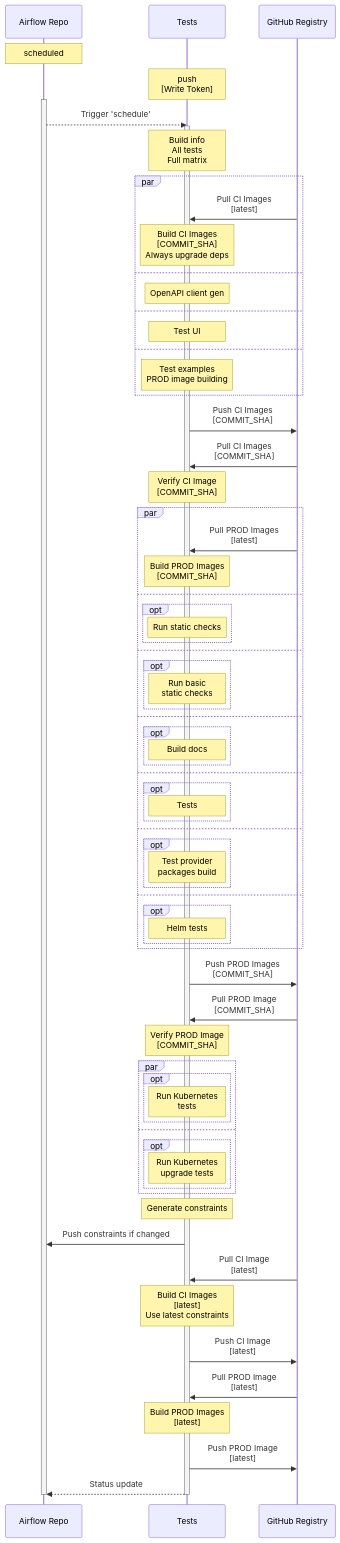
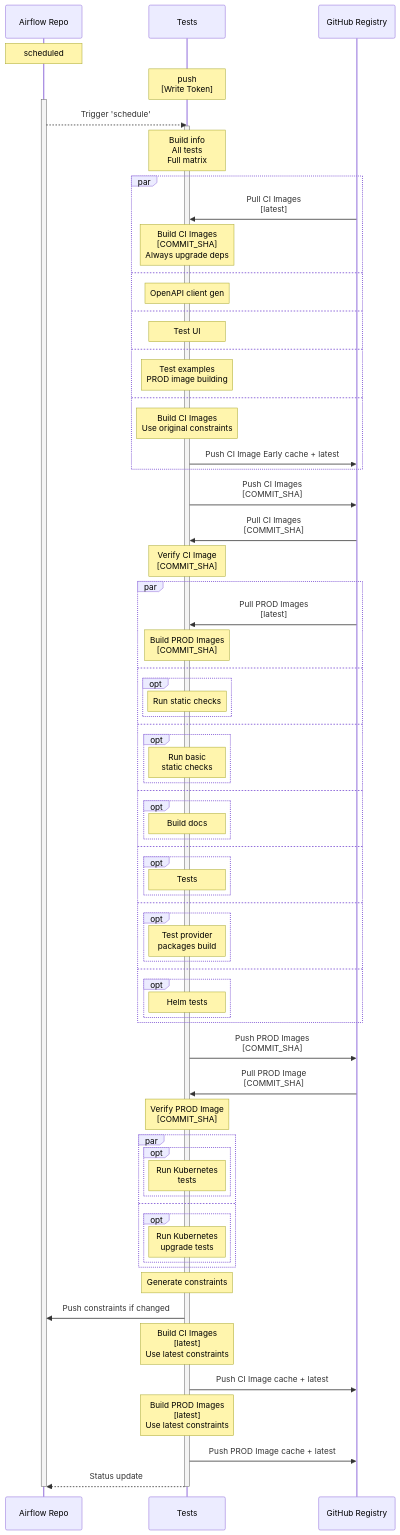
Before and after one commit to GoogleCloudPlatform/composer-airflow: the fourth of 4 diagrams in CI_DIAGRAMS.md, drawn with Mermaid. The commit also changed other lines of this file and 2 other files, not shown here.

First line of the commit message:
Enable pushing early image cache to ghcr.io registry (#26119)

````diff
--- a/CI_DIAGRAMS.md
+++ b/CI_DIAGRAMS.md
@@ -266,73 +262,74 @@
 ```mermaid
 sequenceDiagram
     Note over Airflow Repo: scheduled
     Note over Tests: push<br>[Write Token]
     activate Airflow Repo
     Airflow Repo -->> Tests: Trigger 'schedule'
     activate Tests
     Note over Tests: Build info<br>All tests<br>Full matrix
     par
         GitHub Registry ->> Tests: Pull CI Images<br>[latest]
         Note over Tests: Build CI Images<br>[COMMIT_SHA]<br>Always upgrade deps
     and
         Note over Tests: OpenAPI client gen
     and
         Note over Tests: Test UI
     and
         Note over Tests: Test examples<br>PROD image building
+    and
+        Note over Tests: Build CI Images<br>Use original constraints
+        Tests ->> GitHub Registry: Push CI Image Early cache + latest
     end
     Tests ->> GitHub Registry: Push CI Images<br>[COMMIT_SHA]
     GitHub Registry ->> Tests: Pull CI Images<br>[COMMIT_SHA]
     Note over Tests: Verify CI Image<br>[COMMIT_SHA]
     par
         GitHub Registry ->> Tests: Pull PROD Images<br>[latest]
         Note over Tests: Build PROD Images<br>[COMMIT_SHA]
     and
         opt
             Note over Tests: Run static checks
         end
     and
         opt
             Note over Tests: Run basic <br>static checks
         end
     and
         opt
             Note over Tests: Build docs
         end
     and
         opt
             Note over Tests: Tests
         end
     and
         opt
             Note over Tests: Test provider <br>packages build
         end
     and
         opt
             Note over Tests: Helm tests
         end
     end
     Tests ->> GitHub Registry: Push PROD Images<br>[COMMIT_SHA]
     GitHub Registry ->> Tests: Pull PROD Image<br>[COMMIT_SHA]
     Note over Tests: Verify PROD Image<br>[COMMIT_SHA]
     par
         opt
             Note over Tests: Run Kubernetes <br>tests
         end
     and
         opt
             Note over Tests: Run Kubernetes <br>upgrade tests
         end
     end
     Note over Tests: Generate constraints
     Tests ->> Airflow Repo: Push constraints if changed
-    GitHub Registry ->> Tests: Pull CI Image<br>[latest]
     Note over Tests: Build CI Images<br>[latest]<br>Use latest constraints
-    Tests ->> GitHub Registry: Push CI Image<br>[latest]
-    GitHub Registry ->> Tests: Pull PROD Image<br>[latest]
-    Note over Tests: Build PROD Images<br>[latest]
-    Tests ->> GitHub Registry: Push PROD Image<br>[latest]
+    Tests ->> GitHub Registry: Push CI Image cache + latest
+    Note over Tests: Build PROD Images<br>[latest]<br>Use latest constraints
+    Tests ->> GitHub Registry: Push PROD Image cache + latest
     Tests -->> Airflow Repo: Status update
     deactivate Airflow Repo
     deactivate Tests
 ```
````
